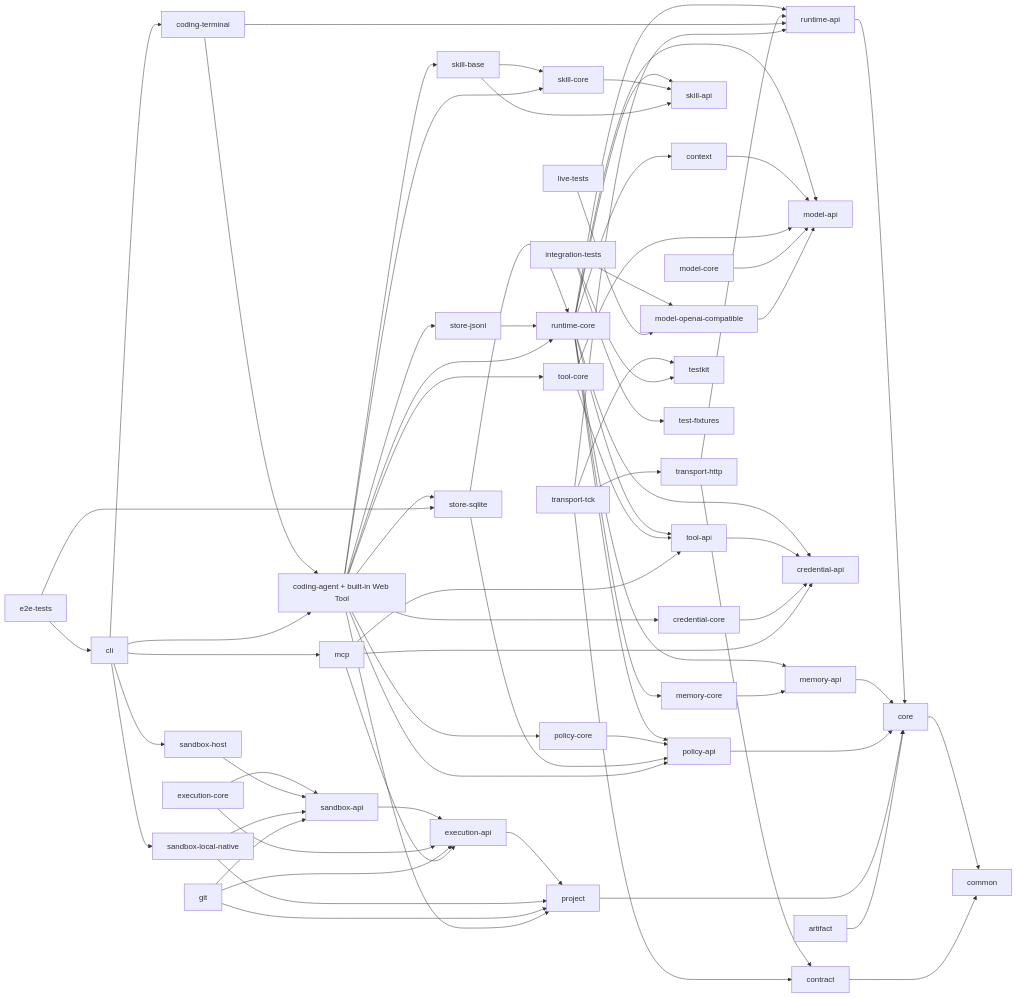
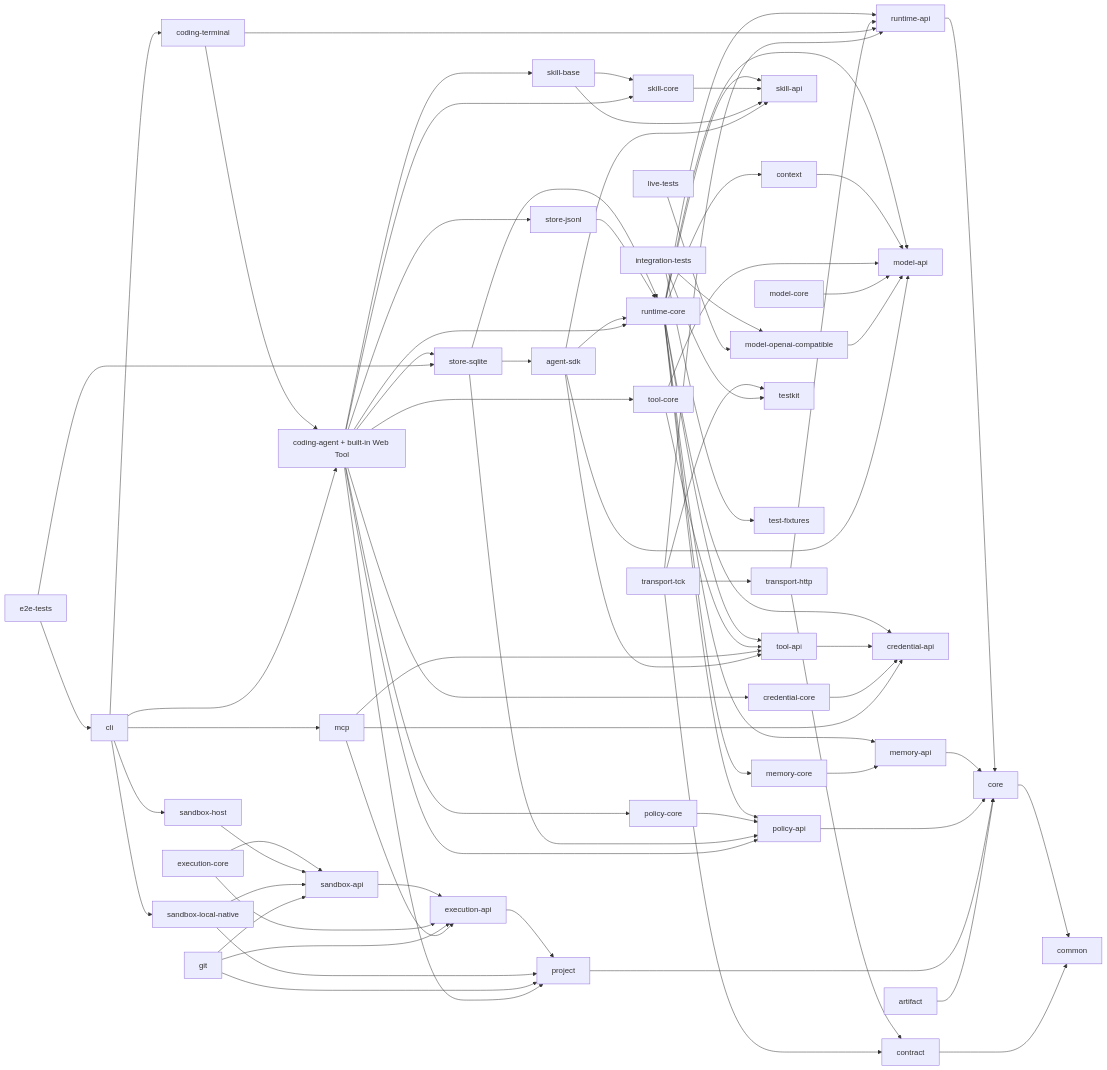
The diagram in README.md (haifa-agent/haifa-agent), drawn with Mermaid before and after one commit. The commit also changed other lines of this file and 80 other files, not shown here.

```diff
--- a/README.md
+++ b/README.md
@@ -137,6 +141,11 @@
   CONTRACT[contract] --> COMMON
   HTTP[transport-http] --> CONTRACT
   HTTP --> RAPI
+  SDK[agent-sdk] --> RCORE
+  SDK --> MAPI
+  SDK --> TAPI
+  SDK --> SKAPI
+  SQLITE --> SDK
   PAPP[coding-agent + built-in Web Tool] --> RCORE
   PAPP --> SQLITE
   PAPP --> JSONL
```
